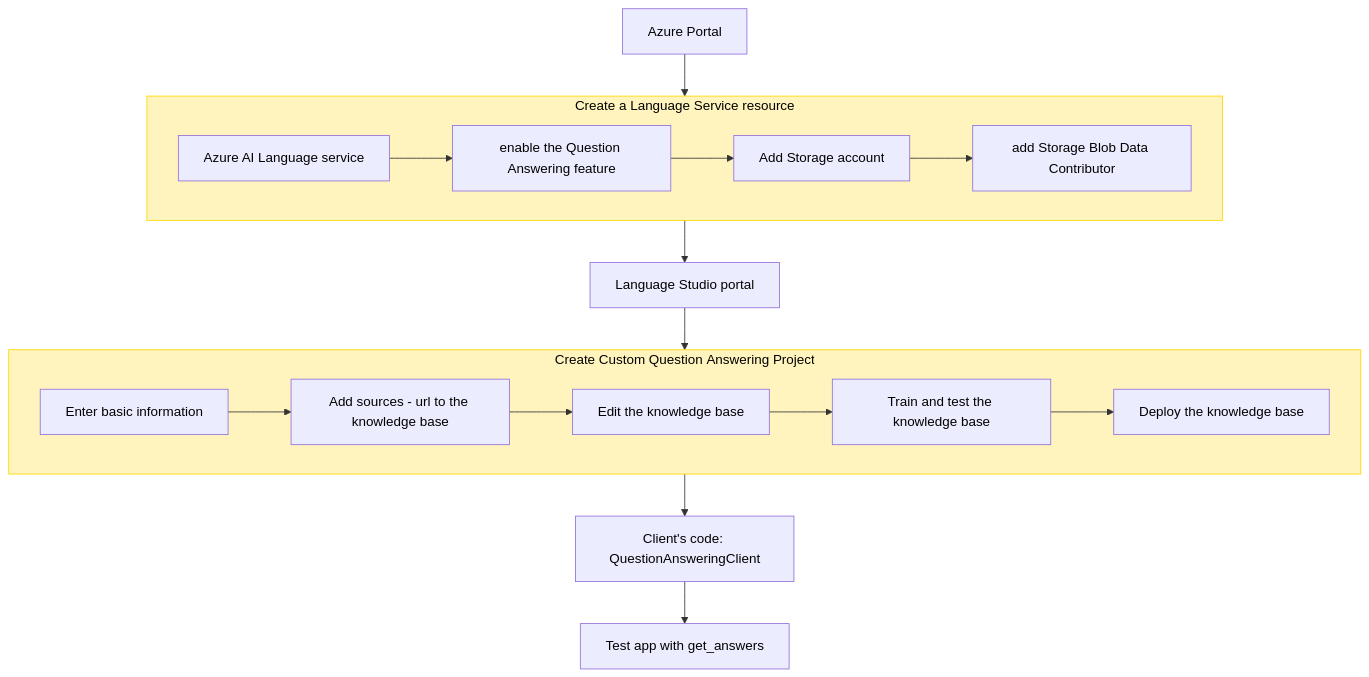
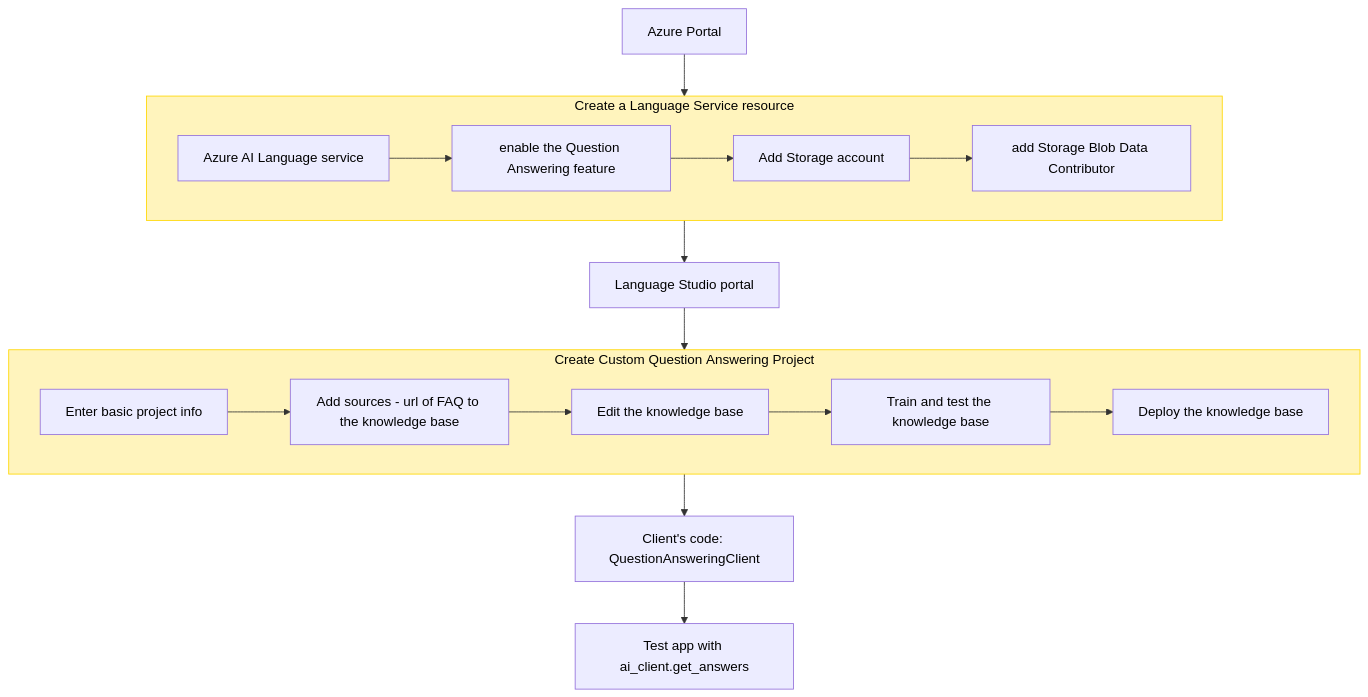
The second of 6 diagrams in ai_nlp_dic.md (dasung/AI-102), drawn with Mermaid before and after one commit. The commit also changed other lines of this file and 3 other files, not shown here.

````diff
--- a/ai_nlp_dic.md
+++ b/ai_nlp_dic.md
@@ -19,32 +115,32 @@
 ```mermaid
 flowchart TD
    subgraph Horizontal1[Create&nbsp;a&nbsp;Language&nbsp;Service&nbsp;resource]
       direction LR
       R[Azure AI Language service]:::box
       X[enable the Question Answering feature]:::box 
       Y[Add Storage account]:::box
       Z[add Storage Blob Data Contributor]:::box
       
       R --> X --> Y --> Z
    end
    subgraph Horizontal2[Create&nbsp;Custom&nbsp;Question&nbsp;Answering&nbsp;Project]
       direction LR
-      C[Enter basic information]:::box
-      D[Add sources - url to the knowledge base]:::box
+      C[Enter basic project info]:::box
+      D[Add sources - url of FAQ to the knowledge base]:::box
       E[Edit the knowledge base]:::box
       G[Train and test the knowledge base]:::box
       H[Deploy the knowledge base]:::box
       C --> D --> E --> G --> H
    end
    a[Azure Portal]:::box --> Horizontal1
    Horizontal1 --> A
    A[Language Studio portal]:::box
    A --> Horizontal2 --> F[Client's code: QuestionAnsweringClient]:::box
-   F --> K[Test app with get_answers]:::box
+   F --> K[Test app with ai_client.get_answers]:::box
 
      %% Styling
     classDef box fill:#ECECFF,color:black
     classDef green-step fill:#107C10,color:white,stroke:#107C10
     style Horizontal1 fill:#FFF4BD,color:black,stroke:#FFD700,stroke-width:1px
     style Horizontal2 fill:#FFF4BD,color:black,stroke:#FFD700,stroke-width:1px
 ```
````
